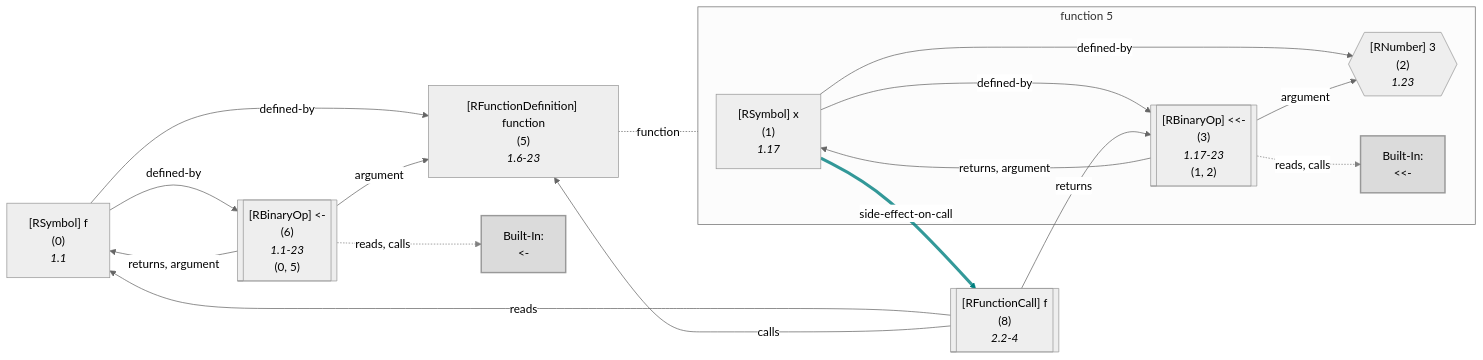
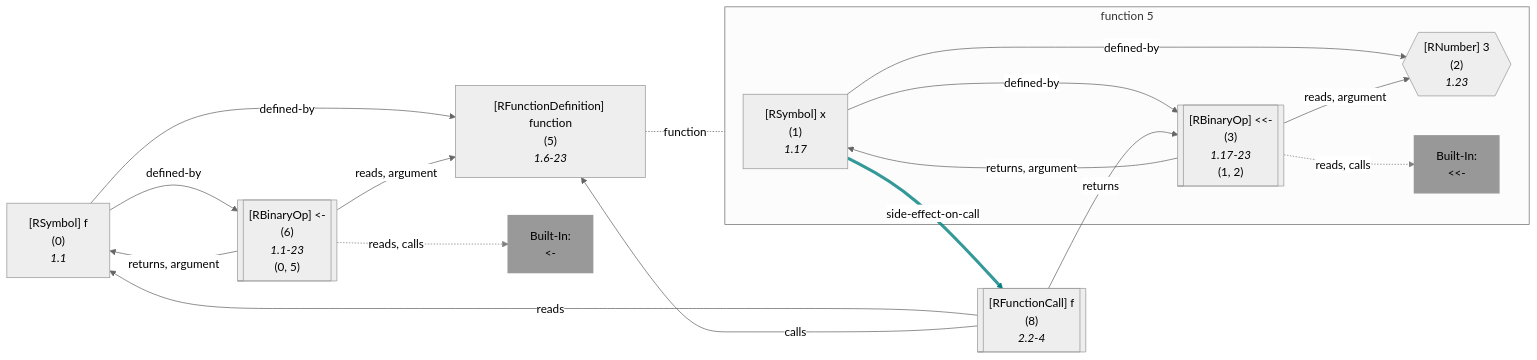
One commit to flowr-analysis/flowr changed diagram 17 of 51 in wiki/Dataflow Graph.md. Above: the diagram before and after it, drawn with Mermaid (neutral theme). The commit also changed other lines of this file and 18 other files, not shown here.

````diff
--- a/wiki/Dataflow Graph.md
+++ b/wiki/Dataflow Graph.md
@@ -2487,62 +2489,62 @@
 ```mermaid
 flowchart LR
     %% Environment of 5 [level: 0]:
     %% Built-in
-    %% 4382----------------------------------------
+    %% 500----------------------------------------
     %%   x: {**x** (id: 1, type: Variable, def. @3)}
     5["`#91;RFunctionDefinition#93; function
       (5)
       *1.6-23*`"]
 
 subgraph "flow-5" [function 5]
     2{{"`#91;RNumber#93; 3
       (2)
       *1.23*`"}}
     1["`#91;RSymbol#93; x
       (1)
       *1.17*`"]
     3[["`#91;RBinaryOp#93; #60;#60;#45;
       (3)
       *1.17-23*
     (1, 2)`"]]
     built-in:__-["`Built-In:
 #60;#60;#45;`"]
-    style built-in:__- stroke:gray,fill:lightgray,stroke-width:2px,opacity:.8;
+    style built-in:__- stroke:gray,fill:gray,stroke-width:2px,opacity:.8;
 end
     0["`#91;RSymbol#93; f
       (0)
       *1.1*`"]
     6[["`#91;RBinaryOp#93; #60;#45;
       (6)
       *1.1-23*
     (0, 5)`"]]
     built-in:_-["`Built-In:
 #60;#45;`"]
-    style built-in:_- stroke:gray,fill:lightgray,stroke-width:2px,opacity:.8;
+    style built-in:_- stroke:gray,fill:gray,stroke-width:2px,opacity:.8;
     %% Environment of 8 [level: 0]:
     %% Built-in
-    %% 4394----------------------------------------
+    %% 512----------------------------------------
     %%   f: {**f** (id: 0, type: Function, def. @6)}
     8[["`#91;RFunctionCall#93; f
       (8)
       *2.2-4*`"]]
     1 -->|"defined-by"| 2
     1 -->|"defined-by"| 3
     1 -->|"side-effect-on-call"| 8
     linkStyle 2 stroke:teal,stroke-width:4.2px,stroke-opacity:.8
-    3 -->|"argument"| 2
+    3 -->|"reads, argument"| 2
     3 -->|"returns, argument"| 1
     3 -.->|"reads, calls"| built-in:__-
     linkStyle 5 stroke:gray;
 5 -.-|function| flow-5
 
     0 -->|"defined-by"| 5
     0 -->|"defined-by"| 6
-    6 -->|"argument"| 5
+    6 -->|"reads, argument"| 5
     6 -->|"returns, argument"| 0
     6 -.->|"reads, calls"| built-in:_-
     linkStyle 11 stroke:gray;
     8 -->|"reads"| 0
     8 -->|"returns"| 3
     8 -->|"calls"| 5
 ```
````
